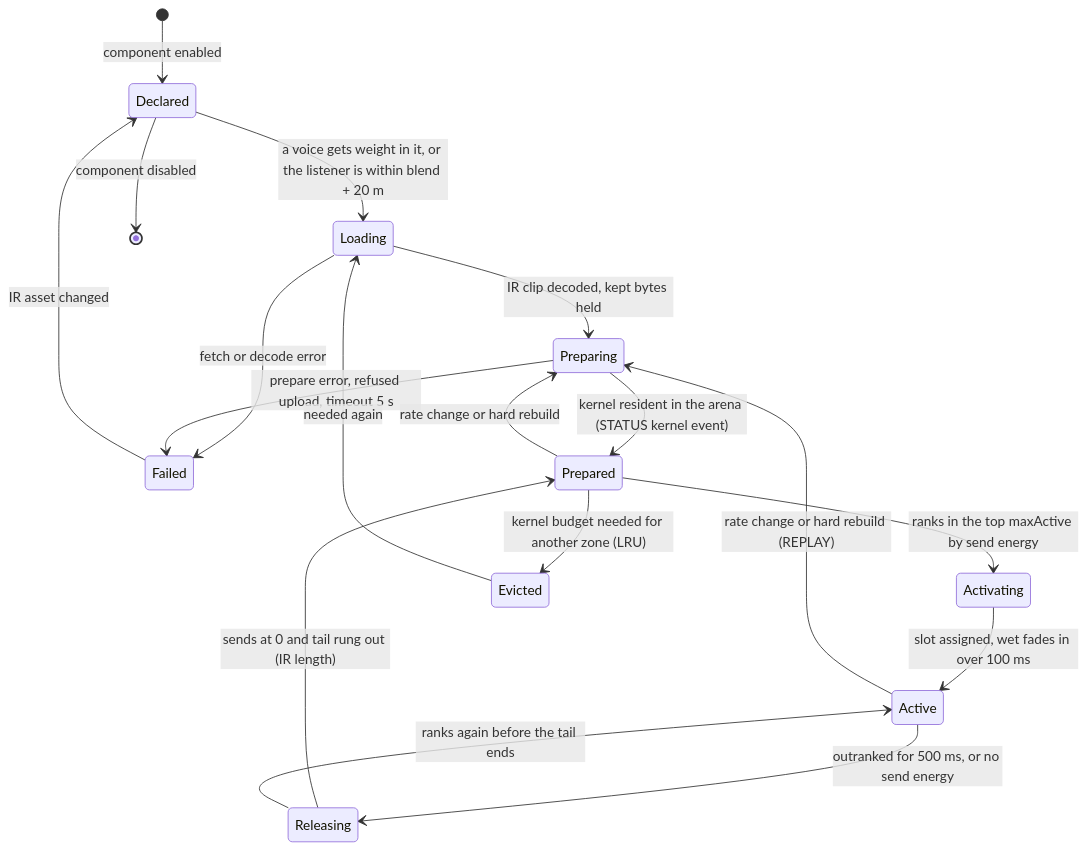
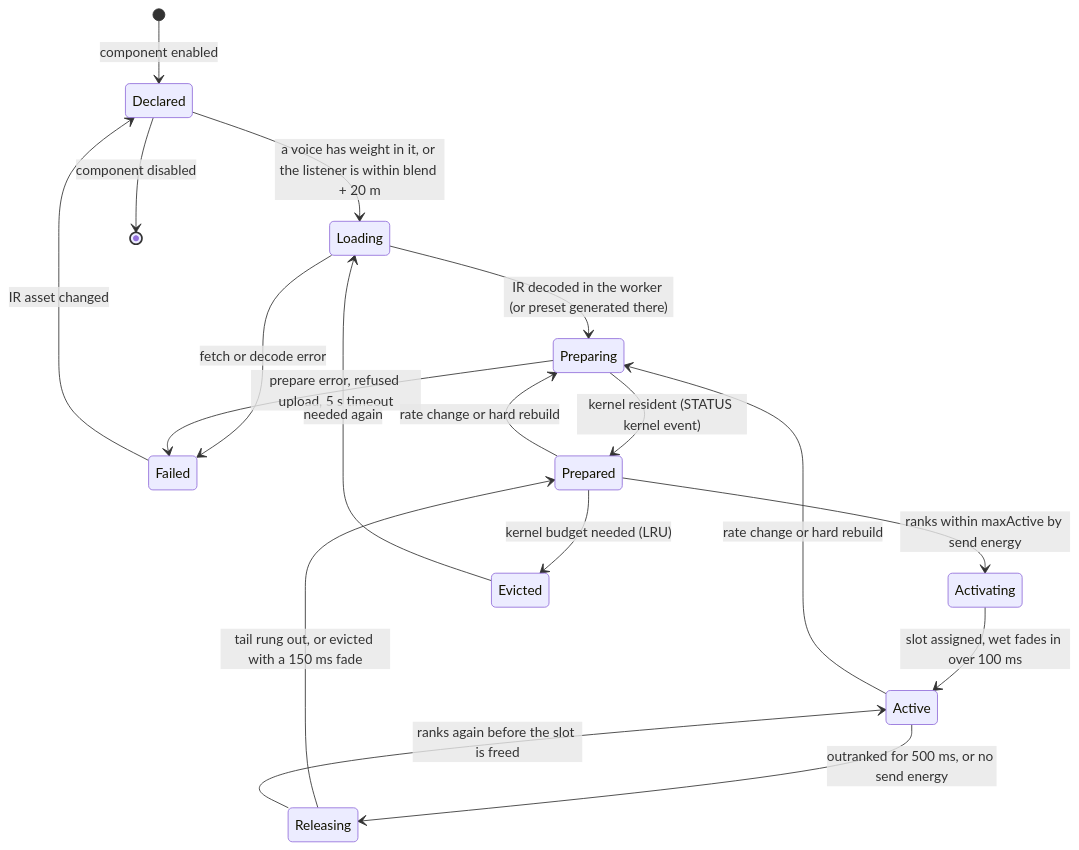
Before and after one commit to doughtnerd/TranquilityEngine: the third of 10 diagrams in docs/design/0162-audio-spatial/architecture.md, drawn with Mermaid. The commit also changed other lines of this file and 4 other files, not shown here.

````diff
--- a/docs/design/0162-audio-spatial/architecture.md
+++ b/docs/design/0162-audio-spatial/architecture.md
@@ -122,20 +135,20 @@
 ```mermaid
 stateDiagram-v2
   [*] --> Declared: component enabled
-  Declared --> Loading: a voice gets weight in it, or the listener is within blend + 20 m
-  Loading --> Preparing: IR clip decoded, kept bytes held
+  Declared --> Loading: a voice has weight in it, or the listener is within blend + 20 m
+  Loading --> Preparing: IR decoded in the worker (or preset generated there)
   Loading --> Failed: fetch or decode error
-  Preparing --> Prepared: kernel resident in the arena (STATUS kernel event)
-  Preparing --> Failed: prepare error, refused upload, timeout 5 s
-  Prepared --> Activating: ranks in the top maxActive by send energy
+  Preparing --> Prepared: kernel resident (STATUS kernel event)
+  Preparing --> Failed: prepare error, refused upload, 5 s timeout
+  Prepared --> Activating: ranks within maxActive by send energy
   Activating --> Active: slot assigned, wet fades in over 100 ms
   Active --> Releasing: outranked for 500 ms, or no send energy
-  Releasing --> Prepared: sends at 0 and tail rung out (IR length)
-  Releasing --> Active: ranks again before the tail ends
-  Prepared --> Evicted: kernel budget needed for another zone (LRU)
+  Releasing --> Prepared: tail rung out, or evicted with a 150 ms fade
+  Releasing --> Active: ranks again before the slot is freed
+  Prepared --> Evicted: kernel budget needed (LRU)
   Evicted --> Loading: needed again
-  Active --> Preparing: rate change or hard rebuild (REPLAY)
+  Active --> Preparing: rate change or hard rebuild
   Prepared --> Preparing: rate change or hard rebuild
   Failed --> Declared: IR asset changed
   Declared --> [*]: component disabled
 ```
````
